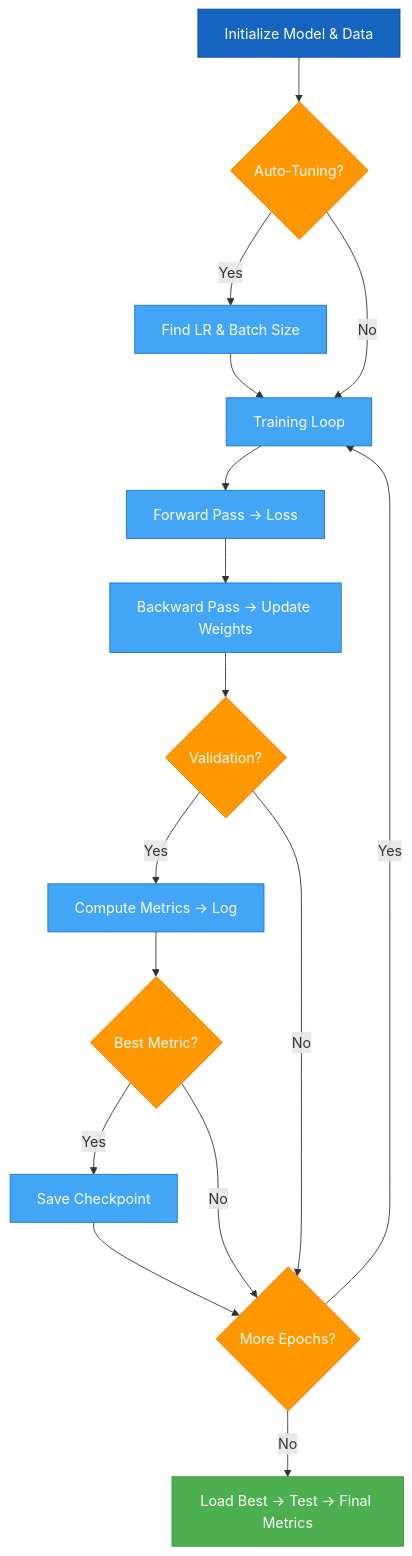
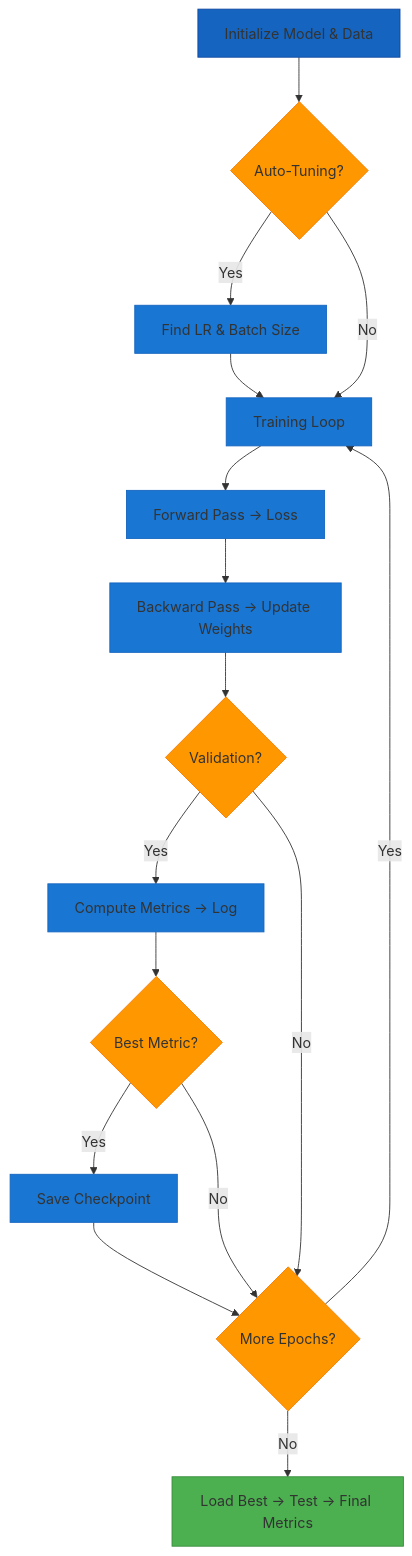
One commit to theja-vanka/AutoTimm changed the diagram in docs/user-guide/training/training.md. Above: the diagram before and after it, drawn with Mermaid. The commit also changed 37 other files, not shown here.

````diff
--- a/docs/user-guide/training/training.md
+++ b/docs/user-guide/training/training.md
@@ -7,31 +7,31 @@
 ```mermaid
 graph TD
     A[Initialize Model & Data] --> B{Auto-Tuning?}
     B -->|Yes| C[Find LR & Batch Size]
     C --> D[Training Loop]
     B -->|No| D
     D --> E[Forward Pass → Loss]
     E --> F[Backward Pass → Update Weights]
     F --> G{Validation?}
     G -->|Yes| H[Compute Metrics → Log]
     H --> I{Best Metric?}
     I -->|Yes| J[Save Checkpoint]
     J --> K{More Epochs?}
     I -->|No| K
     G -->|No| K
     K -->|Yes| D
     K -->|No| L[Load Best → Test → Final Metrics]
 
-    style A fill:#1565C0,stroke:#0D47A1,color:#fff
-    style B fill:#FF9800,stroke:#F57C00,color:#fff
-    style C fill:#42A5F5,stroke:#1976D2,color:#fff
-    style D fill:#42A5F5,stroke:#1976D2,color:#fff
-    style E fill:#42A5F5,stroke:#1976D2,color:#fff
-    style F fill:#42A5F5,stroke:#1976D2,color:#fff
-    style G fill:#FF9800,stroke:#F57C00,color:#fff
-    style H fill:#42A5F5,stroke:#1976D2,color:#fff
-    style I fill:#FF9800,stroke:#F57C00,color:#fff
-    style J fill:#42A5F5,stroke:#1976D2,color:#fff
-    style K fill:#FF9800,stroke:#F57C00,color:#fff
-    style L fill:#4CAF50,stroke:#388E3C,color:#fff
+    style A fill:#1565C0,stroke:#0D47A1
+    style B fill:#FF9800,stroke:#F57C00
+    style C fill:#1976D2,stroke:#1565C0
+    style D fill:#1976D2,stroke:#1565C0
+    style E fill:#1976D2,stroke:#1565C0
+    style F fill:#1976D2,stroke:#1565C0
+    style G fill:#FF9800,stroke:#F57C00
+    style H fill:#1976D2,stroke:#1565C0
+    style I fill:#FF9800,stroke:#F57C00
+    style J fill:#1976D2,stroke:#1565C0
+    style K fill:#FF9800,stroke:#F57C00
+    style L fill:#4CAF50,stroke:#388E3C
 ```
````
